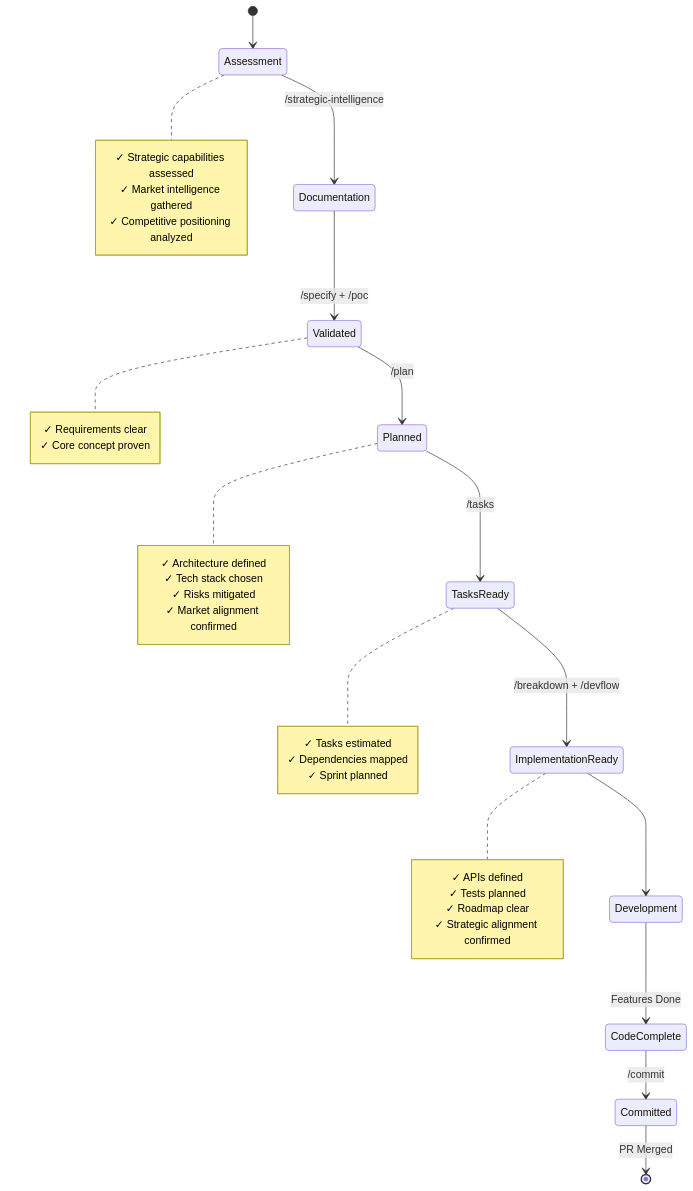
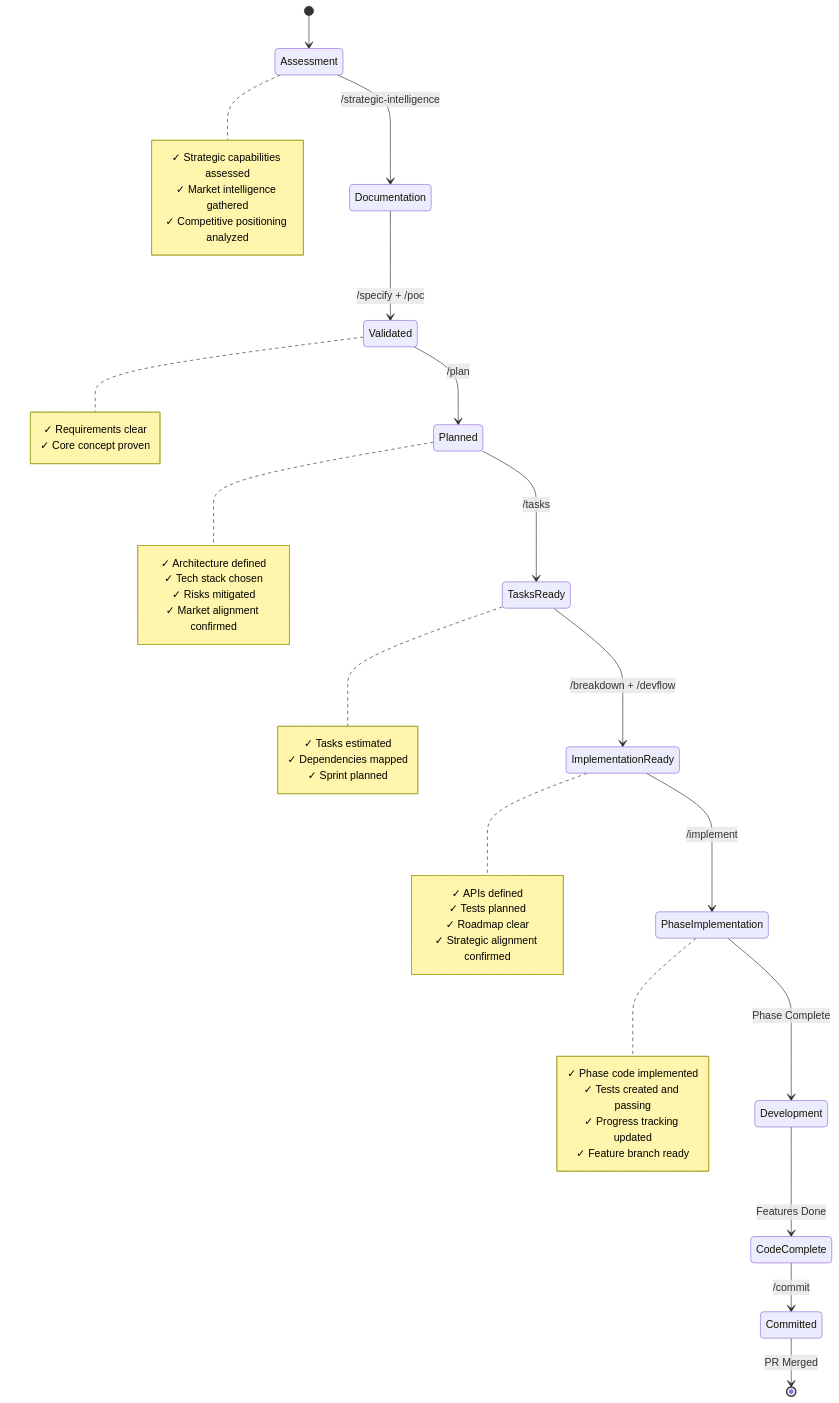
Before and after one commit to Mathews-Tom/sage-dev: diagram 18 of 23 in commands/WORKFLOW.md, drawn with Mermaid. The commit also changed other lines of this file and 2 other files, not shown here.

First line of the commit message:
docs: introduce /implement command and integrate phased implementation across workflow

````diff
--- a/commands/WORKFLOW.md
+++ b/commands/WORKFLOW.md
@@ -521,46 +565,54 @@
 ```mermaid
 stateDiagram-v2
     [*] --> Assessment
 
     Assessment --> Documentation: /strategic-intelligence
     Documentation --> Validated: /specify + /poc
     Validated --> Planned: /plan
     Planned --> TasksReady: /tasks
     TasksReady --> ImplementationReady: /breakdown + /devflow
 
-    ImplementationReady --> Development
+    ImplementationReady --> PhaseImplementation: /implement
+    PhaseImplementation --> Development: Phase Complete
     Development --> CodeComplete: Features Done
     CodeComplete --> Committed: /commit
     Committed --> [*]: PR Merged
 
     note right of Assessment
         ✓ Strategic capabilities assessed
         ✓ Market intelligence gathered
         ✓ Competitive positioning analyzed
     end note
 
     note right of Validated
         ✓ Requirements clear
         ✓ Core concept proven
     end note
 
     note right of Planned
         ✓ Architecture defined
         ✓ Tech stack chosen
         ✓ Risks mitigated
         ✓ Market alignment confirmed
     end note
 
     note right of TasksReady
         ✓ Tasks estimated
         ✓ Dependencies mapped
         ✓ Sprint planned
     end note
 
     note right of ImplementationReady
         ✓ APIs defined
         ✓ Tests planned
         ✓ Roadmap clear
         ✓ Strategic alignment confirmed
     end note
+
+    note right of PhaseImplementation
+        ✓ Phase code implemented
+        ✓ Tests created and passing
+        ✓ Progress tracking updated
+        ✓ Feature branch ready
+    end note
 ```
````
